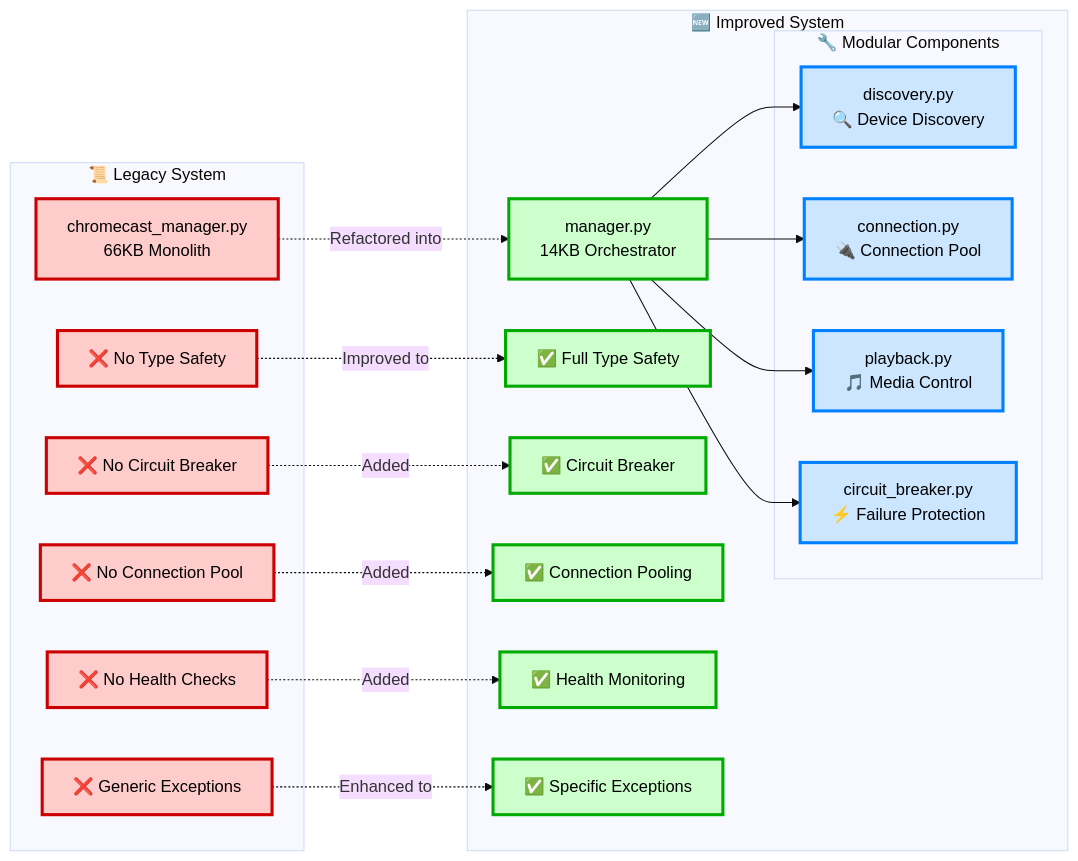
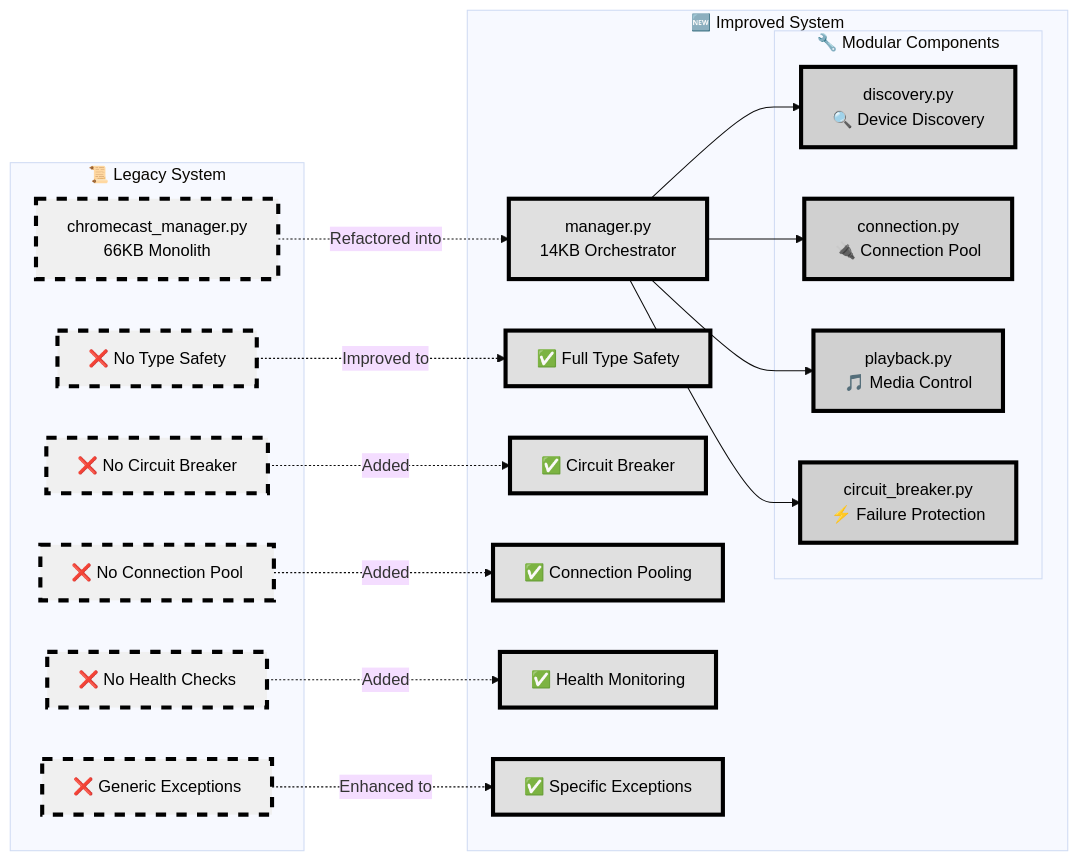
The fourth of 5 diagrams in ARCHITECTURE_MINDMAP.md (shenhab/Automated-Azan), drawn with Mermaid (base theme) before and after one commit. The commit also changed other lines of this file, not shown here.

````diff
--- a/ARCHITECTURE_MINDMAP.md
+++ b/ARCHITECTURE_MINDMAP.md
@@ -277,49 +277,49 @@
 ```mermaid
 graph LR
     subgraph "📜 Legacy System"
         L1[chromecast_manager.py<br/>66KB Monolith]
         L2[❌ No Type Safety]
         L3[❌ No Circuit Breaker]
         L4[❌ No Connection Pool]
         L5[❌ No Health Checks]
         L6[❌ Generic Exceptions]
     end
 
     subgraph "🆕 Improved System"
         N1[manager.py<br/>14KB Orchestrator]
         N2[✅ Full Type Safety]
         N3[✅ Circuit Breaker]
         N4[✅ Connection Pooling]
         N5[✅ Health Monitoring]
         N6[✅ Specific Exceptions]
 
         subgraph "🔧 Modular Components"
             M1[discovery.py<br/>🔍 Device Discovery]
             M2[connection.py<br/>🔌 Connection Pool]
             M3[playback.py<br/>🎵 Media Control]
             M4[circuit_breaker.py<br/>⚡ Failure Protection]
         end
     end
 
     L1 -.->|"Refactored into"| N1
     N1 --> M1
     N1 --> M2
     N1 --> M3
     N1 --> M4
 
     %% Improvements
     L2 -.->|"Improved to"| N2
     L3 -.->|"Added"| N3
     L4 -.->|"Added"| N4
     L5 -.->|"Added"| N5
     L6 -.->|"Enhanced to"| N6
 
-    %% Light/Dark mode compatible styling
-    classDef legacy fill:#ffcccc,stroke:#cc0000,stroke-width:3px,color:#000000
-    classDef improved fill:#ccffcc,stroke:#00aa00,stroke-width:3px,color:#000000
-    classDef modular fill:#cce6ff,stroke:#0080ff,stroke-width:3px,color:#000000
+    %% Color blind accessible high contrast styling
+    classDef legacy fill:#f0f0f0,stroke:#000000,stroke-width:4px,color:#000000,stroke-dasharray:10,5
+    classDef improved fill:#e0e0e0,stroke:#000000,stroke-width:4px,color:#000000
+    classDef modular fill:#d0d0d0,stroke:#000000,stroke-width:4px,color:#000000
 
     class L1,L2,L3,L4,L5,L6 legacy
     class N1,N2,N3,N4,N5,N6 improved
     class M1,M2,M3,M4 modular
 ```
````
